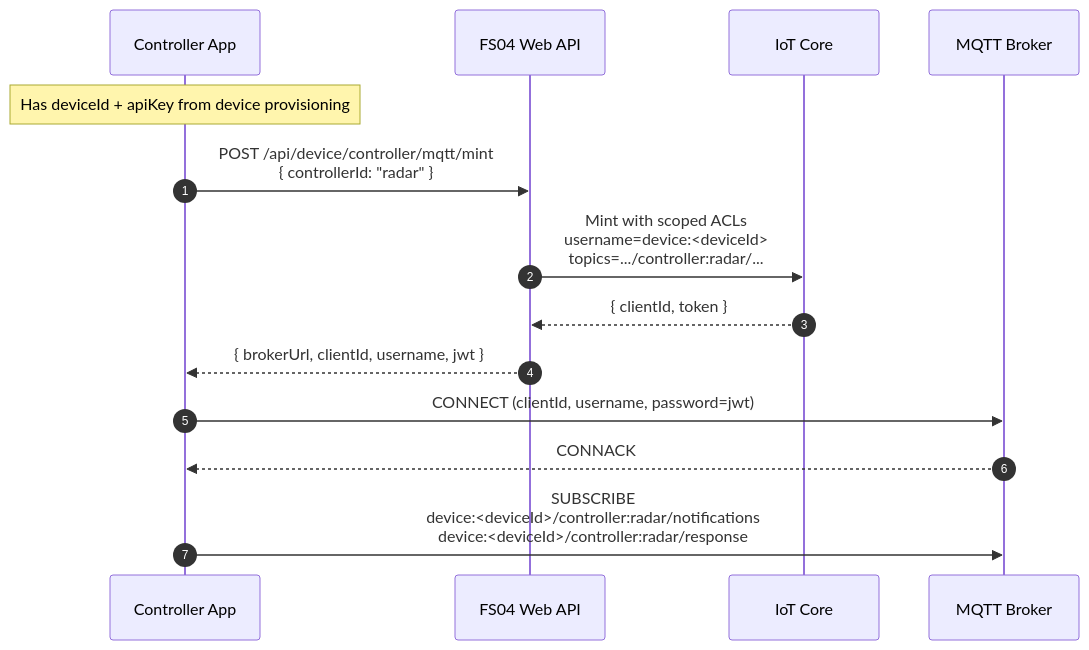
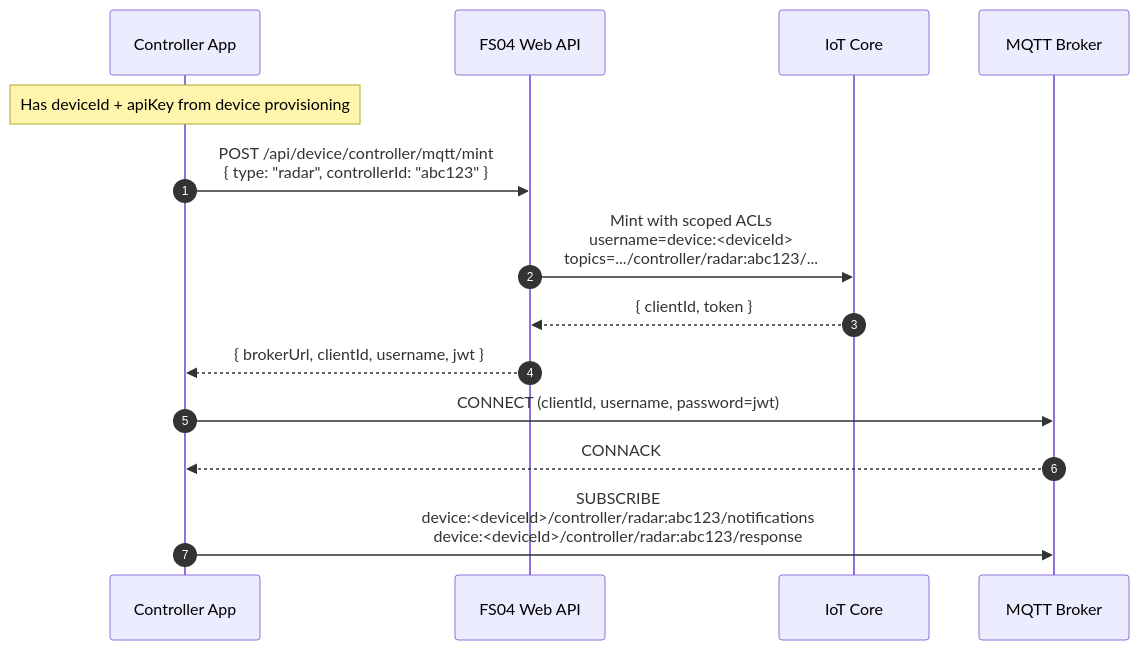
One commit to Tis1201/data_fs04 changed the second of 5 diagrams in docs/architecture/device/mqtt/controllers/CONTROLLER.md. Above: the diagram before and after it, drawn with Mermaid. The commit also changed other lines of this file and 8 other files, not shown here.

Commit message:
feat: generalize radar sensors to controllers and sensors with typed MQTT topics and updated admin UI

````diff
--- a/docs/architecture/device/mqtt/controllers/CONTROLLER.md
+++ b/docs/architecture/device/mqtt/controllers/CONTROLLER.md
@@ -137,20 +136,20 @@
 ```mermaid
 sequenceDiagram
     autonumber
     participant C as Controller App
     participant API as FS04 Web API
     participant IoT as IoT Core
     participant B as MQTT Broker
 
     Note over C: Has deviceId + apiKey from device provisioning
 
-    C->>API: POST /api/device/controller/mqtt/mint<br/>{ controllerId: "radar" }
-    API->>IoT: Mint with scoped ACLs<br/>username=device:<deviceId><br/>topics=.../controller:radar/...
+    C->>API: POST /api/device/controller/mqtt/mint<br/>{ type: "radar", controllerId: "abc123" }
+    API->>IoT: Mint with scoped ACLs<br/>username=device:<deviceId><br/>topics=.../controller/radar:abc123/...
     IoT-->>API: { clientId, token }
     API-->>C: { brokerUrl, clientId, username, jwt }
 
     C->>B: CONNECT (clientId, username, password=jwt)
     B-->>C: CONNACK
 
-    C->>B: SUBSCRIBE<br/>device:<deviceId>/controller:radar/notifications<br/>device:<deviceId>/controller:radar/response
+    C->>B: SUBSCRIBE<br/>device:<deviceId>/controller/radar:abc123/notifications<br/>device:<deviceId>/controller/radar:abc123/response
 ```
````
